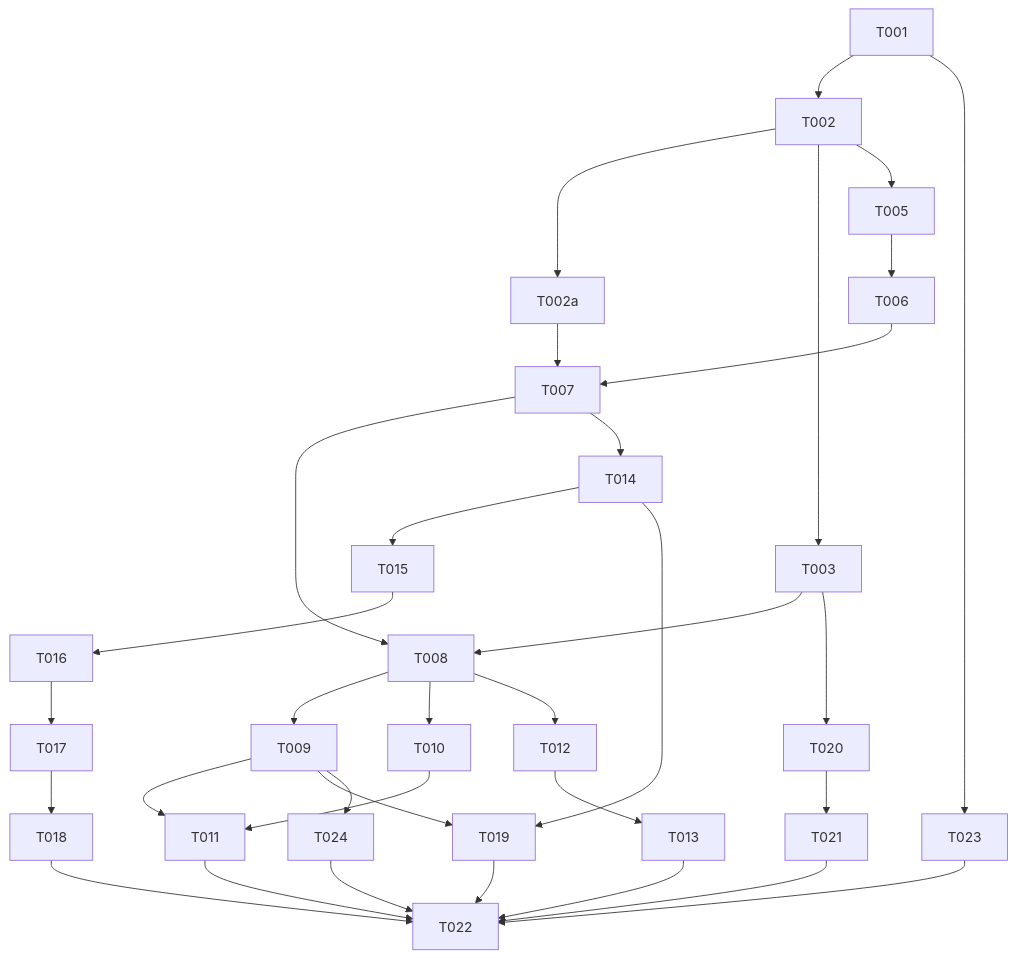
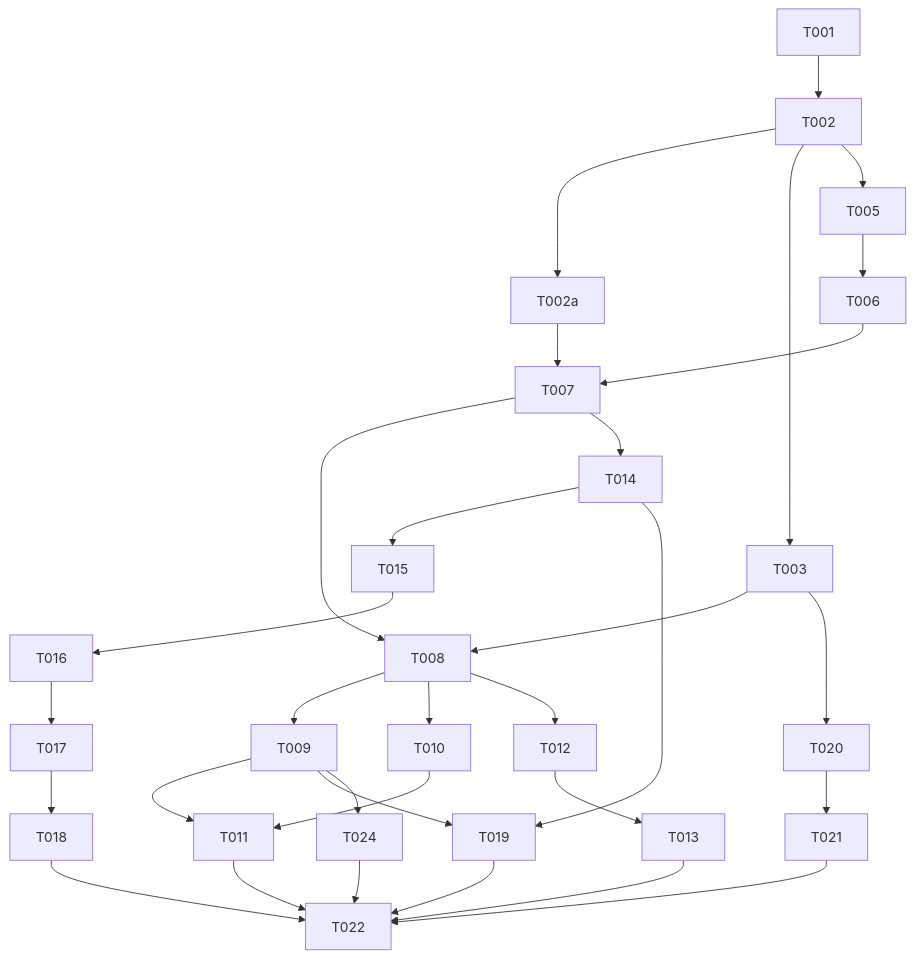
The diagram in specs/028-big-context-window-llm-as-rag/tasks.md (UnderUndre/undrecreaitwins), drawn with Mermaid before and after one commit. The commit also changed other lines of this file and 4 other files, not shown here.

````diff
--- a/specs/028-big-context-window-llm-as-rag/tasks.md
+++ b/specs/028-big-context-window-llm-as-rag/tasks.md
@@ -123,29 +120,27 @@
 ```mermaid
 graph TD
     T001 --> T002
     T002 --> T002a
     T002a --> T007
     T002 --> T003
     T002 --> T005
     T005 --> T006
     T006 --> T007
     T003 & T007 --> T008
     T008 --> T009
     T008 --> T010
     T009 & T010 --> T011
     T008 --> T012
     T012 --> T013
     T007 --> T014
     T014 --> T015
     T015 --> T016
     T016 --> T017
     T017 --> T018
     T009 & T014 --> T019
     T003 --> T020
     T020 --> T021
     T011 & T013 & T018 & T019 & T021 --> T022
-    T001 --> T023
-    T023 --> T022
     T009 --> T024
     T024 --> T022
 ```
````
